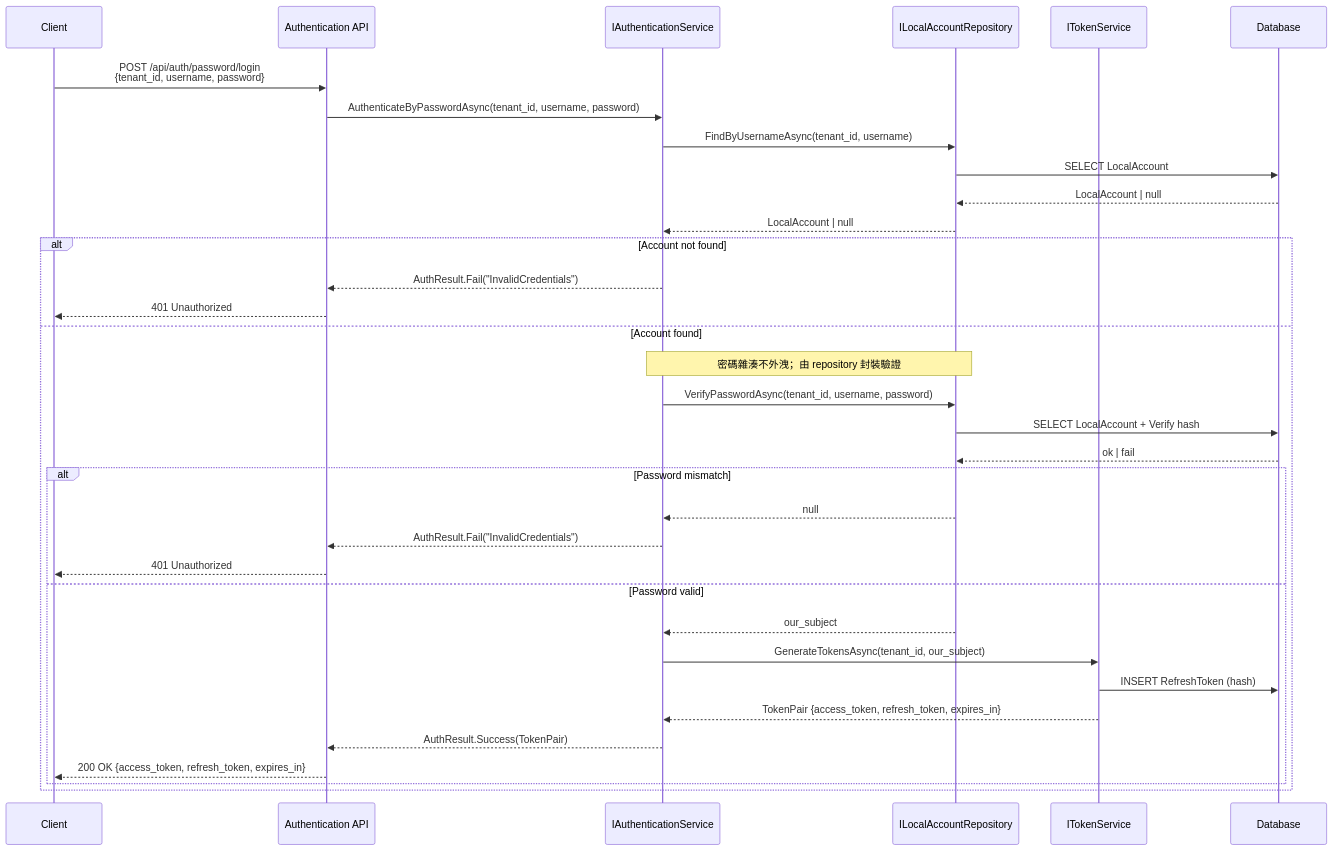
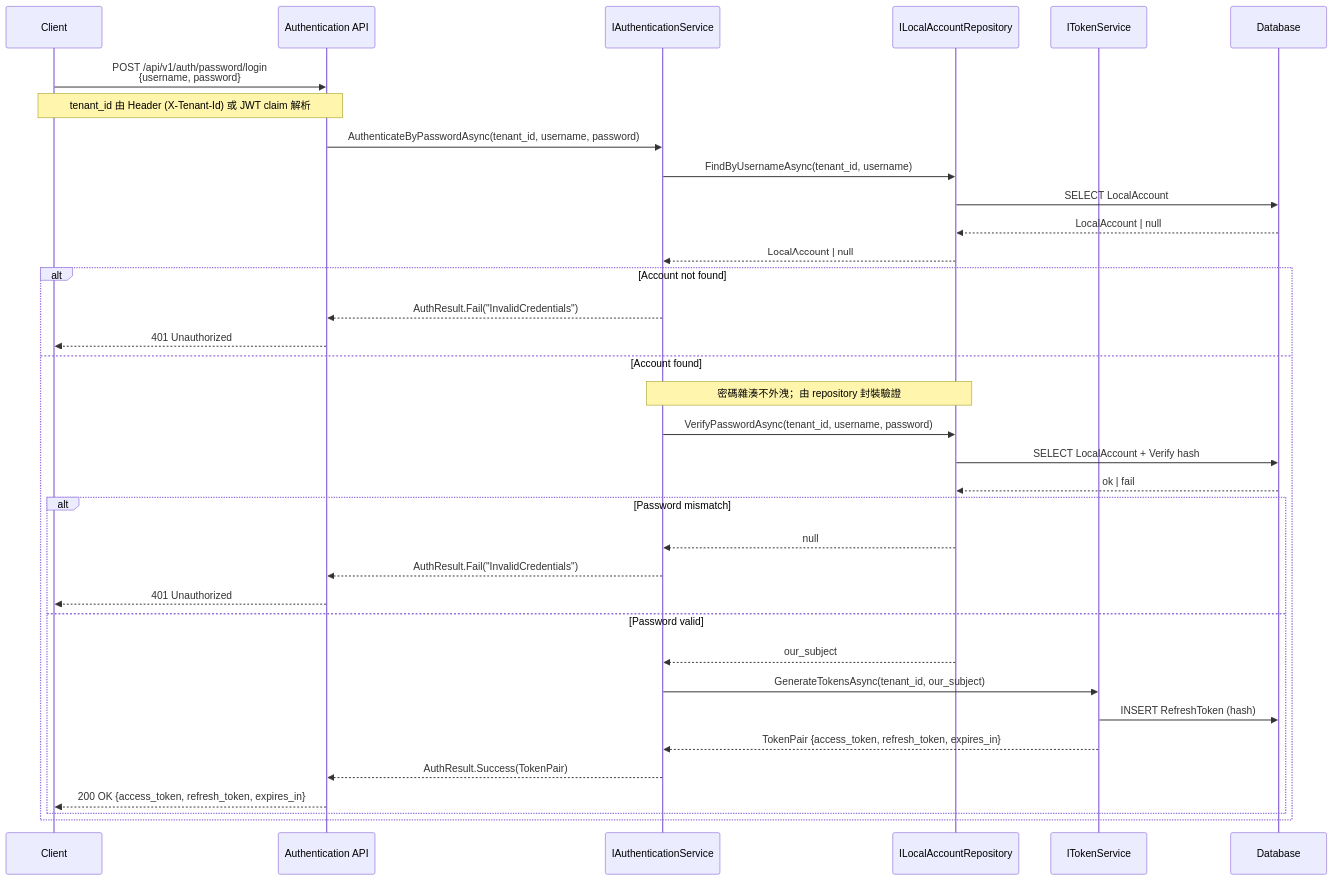
The first of 12 diagrams in docs/SequenceDiagrams.md (Bird73/Service), drawn with Mermaid before and after one commit. The commit also changed other lines of this file and 125 other files, not shown here.

````diff
--- a/docs/SequenceDiagrams.md
+++ b/docs/SequenceDiagrams.md
@@ -9,38 +9,39 @@
 ```mermaid
 sequenceDiagram
     participant C as Client
     participant API as Authentication API
     participant AS as IAuthenticationService
     participant LA as ILocalAccountRepository
     participant TS as ITokenService
     participant DB as Database
 
-    C->>API: POST /api/auth/password/login<br/>{tenant_id, username, password}
+    C->>API: POST /api/v1/auth/password/login<br/>{username, password}
+    note over C,API: tenant_id 由 Header (X-Tenant-Id) 或 JWT claim 解析
     API->>AS: AuthenticateByPasswordAsync(tenant_id, username, password)
     AS->>LA: FindByUsernameAsync(tenant_id, username)
     LA->>DB: SELECT LocalAccount
     DB-->>LA: LocalAccount | null
     LA-->>AS: LocalAccount | null
 
     alt Account not found
         AS-->>API: AuthResult.Fail("InvalidCredentials")
         API-->>C: 401 Unauthorized
     else Account found
         note over AS,LA: 密碼雜湊不外洩；由 repository 封裝驗證
         AS->>LA: VerifyPasswordAsync(tenant_id, username, password)
         LA->>DB: SELECT LocalAccount + Verify hash
         DB-->>LA: ok | fail
         alt Password mismatch
             LA-->>AS: null
             AS-->>API: AuthResult.Fail("InvalidCredentials")
             API-->>C: 401 Unauthorized
         else Password valid
             LA-->>AS: our_subject
             AS->>TS: GenerateTokensAsync(tenant_id, our_subject)
             TS->>DB: INSERT RefreshToken (hash)
             TS-->>AS: TokenPair {access_token, refresh_token, expires_in}
             AS-->>API: AuthResult.Success(TokenPair)
             API-->>C: 200 OK {access_token, refresh_token, expires_in}
         end
     end
 ```
````
